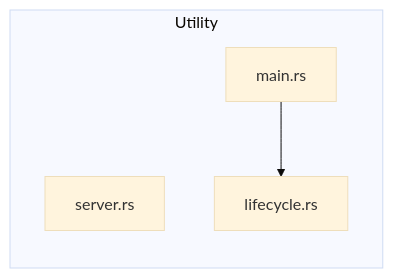
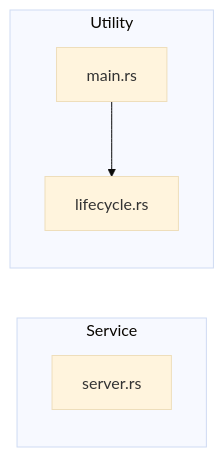
Before and after one commit to Mague/void-stack: the seventh of 8 diagrams in void-stack-analysis.md, drawn with Mermaid (base theme). The commit also changed other lines of this file and 5 other files, not shown here.

First line of the commit message:
fix(structural): cap impact_radius fan-out on TS/JS graphs

````diff
--- a/void-stack-analysis.md
+++ b/void-stack-analysis.md
@@ -1322,9 +1324,11 @@
 ```mermaid
 graph LR
+    subgraph service ["Service"]
+        src_server_rs["server.rs"]
+    end
     subgraph utility ["Utility"]
-        src_server_rs["server.rs"]
         src_main_rs["main.rs"]
         src_lifecycle_rs["lifecycle.rs"]
     end
     src_main_rs --> src_lifecycle_rs
 ```
````
